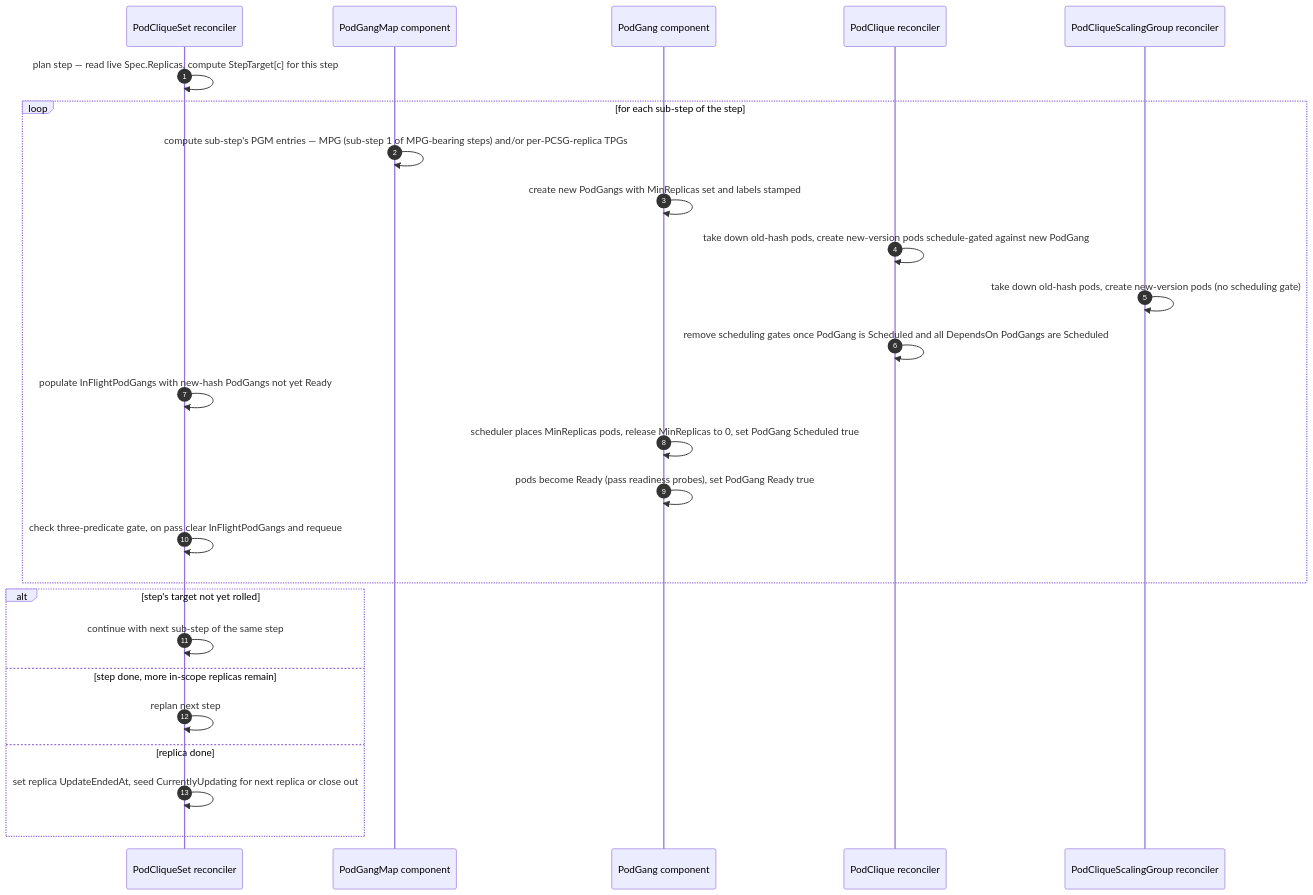
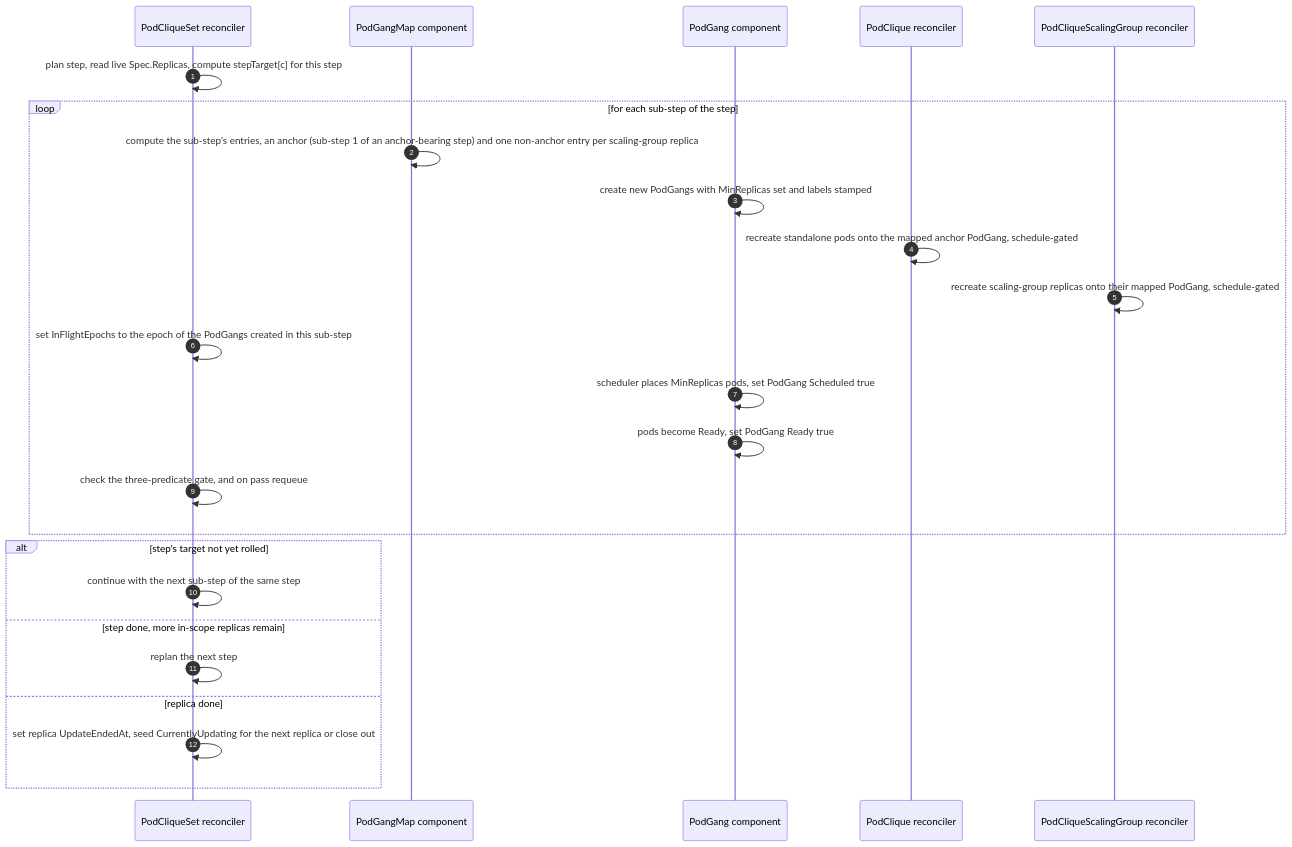
The second of 4 diagrams in docs/proposals/393-coherent-rolling-updates/README.md (unmarshall/grove), drawn with Mermaid before and after one commit. The commit also changed other lines of this file and 122 other files, not shown here.

````diff
--- a/docs/proposals/393-coherent-rolling-updates/README.md
+++ b/docs/proposals/393-coherent-rolling-updates/README.md
@@ -637,29 +789,28 @@
 ```mermaid
 sequenceDiagram
   autonumber
   participant PCS as PodCliqueSet reconciler
   participant PGM as PodGangMap component
   participant PG as PodGang component
   participant PCLQ as PodClique reconciler
   participant PCSG as PodCliqueScalingGroup reconciler
 
-  PCS->>PCS: plan step — read live Spec.Replicas, compute StepTarget[c] for this step
+  PCS->>PCS: plan step, read live Spec.Replicas, compute stepTarget[c] for this step
   loop for each sub-step of the step
-    PGM->>PGM: compute sub-step's PGM entries — MPG (sub-step 1 of MPG-bearing steps) and/or per-PCSG-replica TPGs
+    PGM->>PGM: compute the sub-step's entries, an anchor (sub-step 1 of an anchor-bearing step) and one non-anchor entry per scaling-group replica
     PG->>PG: create new PodGangs with MinReplicas set and labels stamped
-    PCLQ->>PCLQ: take down old-hash pods, create new-version pods schedule-gated against new PodGang
-    PCSG->>PCSG: take down old-hash pods, create new-version pods (no scheduling gate)
-    PCLQ->>PCLQ: remove scheduling gates once PodGang is Scheduled and all DependsOn PodGangs are Scheduled
-    PCS->>PCS: populate InFlightPodGangs with new-hash PodGangs not yet Ready
-    PG->>PG: scheduler places MinReplicas pods, release MinReplicas to 0, set PodGang Scheduled true
-    PG->>PG: pods become Ready (pass readiness probes), set PodGang Ready true
-    PCS->>PCS: check three-predicate gate, on pass clear InFlightPodGangs and requeue
+    PCLQ->>PCLQ: recreate standalone pods onto the mapped anchor PodGang, schedule-gated
+    PCSG->>PCSG: recreate scaling-group replicas onto their mapped PodGang, schedule-gated
+    PCS->>PCS: set InFlightEpochs to the epoch of the PodGangs created in this sub-step
+    PG->>PG: scheduler places MinReplicas pods, set PodGang Scheduled true
+    PG->>PG: pods become Ready, set PodGang Ready true
+    PCS->>PCS: check the three-predicate gate, and on pass requeue
   end
   alt step's target not yet rolled
-    PCS->>PCS: continue with next sub-step of the same step
+    PCS->>PCS: continue with the next sub-step of the same step
   else step done, more in-scope replicas remain
-    PCS->>PCS: replan next step
+    PCS->>PCS: replan the next step
   else replica done
-    PCS->>PCS: set replica UpdateEndedAt, seed CurrentlyUpdating for next replica or close out
+    PCS->>PCS: set replica UpdateEndedAt, seed CurrentlyUpdating for the next replica or close out
   end
 ```
````
